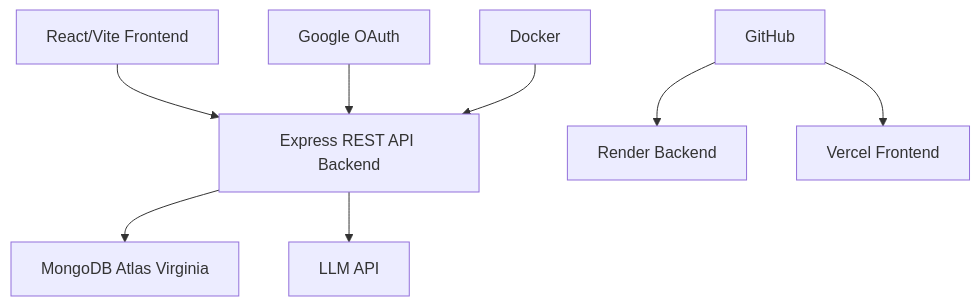
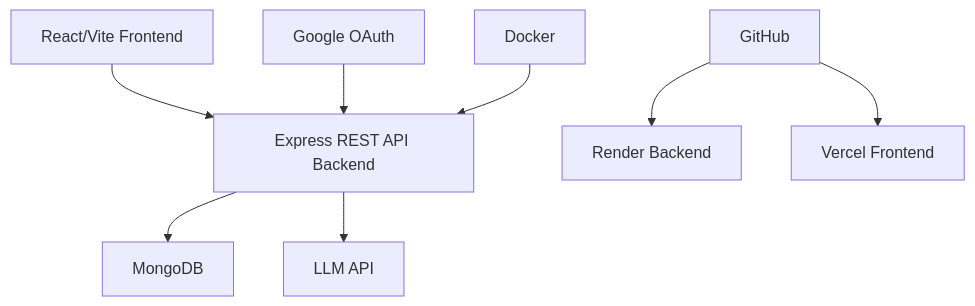
The diagram in README.md (Ravikiranreddybada/agentpilot), drawn with Mermaid before and after one commit. The commit also changed other lines of this file, not shown here.

````diff
--- a/README.md
+++ b/README.md
@@ -18,10 +18,10 @@
 ```mermaid
 graph TB
   A[React/Vite Frontend] --> B[Express REST API Backend]
-  B --> C[MongoDB Atlas Virginia]
+  B --> C[MongoDB]
   B --> D[LLM API]
   E[Google OAuth] --> B
   F[Docker] --> B
   G[GitHub] --> H[Render Backend]
   G --> I[Vercel Frontend]
 ```
````
